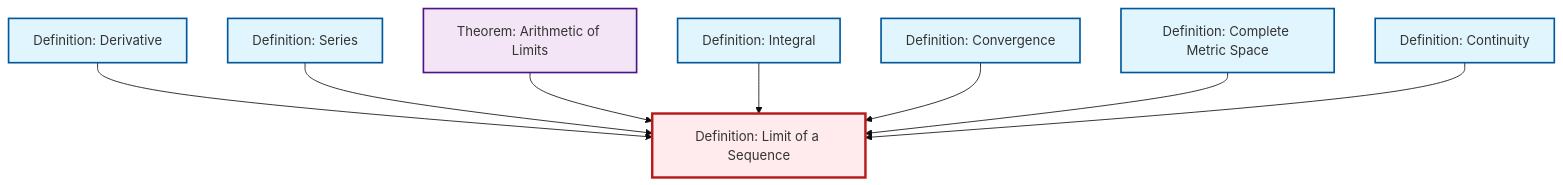
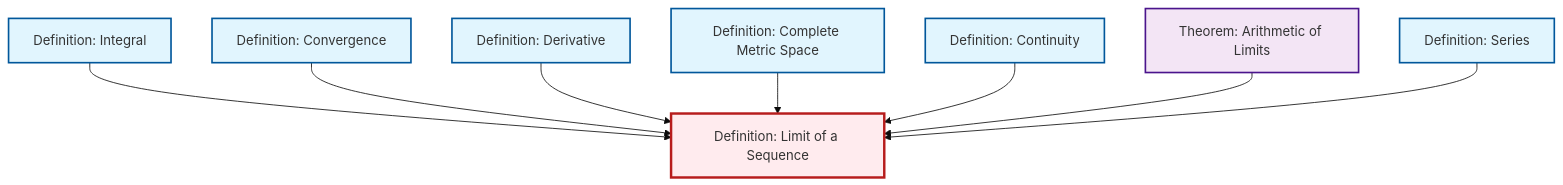
The diagram in content/ja/analysis/def-limit.qmd (RK0429/ModernMath), drawn with Mermaid (base theme) before and after one commit. The commit also changed other lines of this file and 497 other files, not shown here.

````diff
--- a/content/ja/analysis/def-limit.qmd
+++ b/content/ja/analysis/def-limit.qmd
@@ -49,32 +49,32 @@
 ```{mermaid}
 %%| fig-cap: "Local dependency graph"
 graph TD
     classDef definition fill:#e1f5fe,stroke:#01579b,stroke-width:2px
     classDef theorem fill:#f3e5f5,stroke:#4a148c,stroke-width:2px
     classDef axiom fill:#fff3e0,stroke:#e65100,stroke-width:2px
     classDef example fill:#e8f5e9,stroke:#1b5e20,stroke-width:2px
     classDef current fill:#ffebee,stroke:#b71c1c,stroke-width:3px
+    def-limit["Definition: Limit of a Sequence"]:::definition
+    def-series["Definition: Series"]:::definition
+    def-convergence["Definition: Convergence"]:::definition
+    def-complete-metric-space["Definition: Complete Metric Space"]:::definition
+    def-integral["Definition: Integral"]:::definition
     def-derivative["Definition: Derivative"]:::definition
+    def-continuity["Definition: Continuity"]:::definition
     thm-limit-arithmetic["Theorem: Arithmetic of Limits"]:::theorem
-    def-convergence["Definition: Convergence"]:::definition
-    def-series["Definition: Series"]:::definition
-    def-continuity["Definition: Continuity"]:::definition
-    def-limit["Definition: Limit of a Sequence"]:::definition
-    def-integral["Definition: Integral"]:::definition
-    def-complete-metric-space["Definition: Complete Metric Space"]:::definition
-    def-derivative --> def-limit
-    def-series --> def-limit
-    thm-limit-arithmetic --> def-limit
     def-integral --> def-limit
     def-convergence --> def-limit
+    def-derivative --> def-limit
     def-complete-metric-space --> def-limit
     def-continuity --> def-limit
+    thm-limit-arithmetic --> def-limit
+    def-series --> def-limit
     class def-limit current
+    click def-series "def-series.html" "Definition: Seriesへ"
+    click def-convergence "def-convergence.html" "Definition: Convergenceへ"
+    click def-complete-metric-space "def-complete-metric-space.html" "Definition: Complete Metric Spaceへ"
+    click def-integral "def-integral.html" "Definition: Integralへ"
     click def-derivative "def-derivative.html" "Definition: Derivativeへ"
+    click def-continuity "def-continuity.html" "Definition: Continuityへ"
     click thm-limit-arithmetic "thm-limit-arithmetic.html" "Theorem: Arithmetic of Limitsへ"
-    click def-convergence "def-convergence.html" "Definition: Convergenceへ"
-    click def-series "def-series.html" "Definition: Seriesへ"
-    click def-continuity "def-continuity.html" "Definition: Continuityへ"
-    click def-integral "def-integral.html" "Definition: Integralへ"
-    click def-complete-metric-space "def-complete-metric-space.html" "Definition: Complete Metric Spaceへ"
 ```
````
